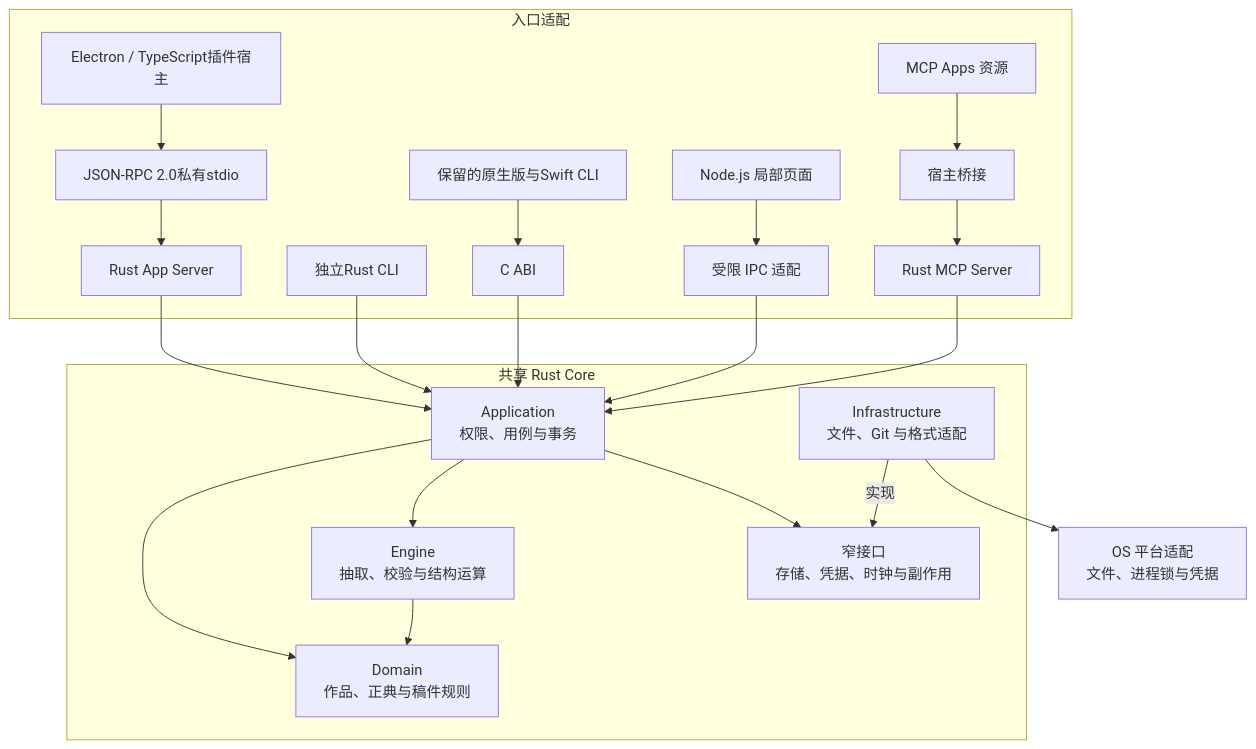
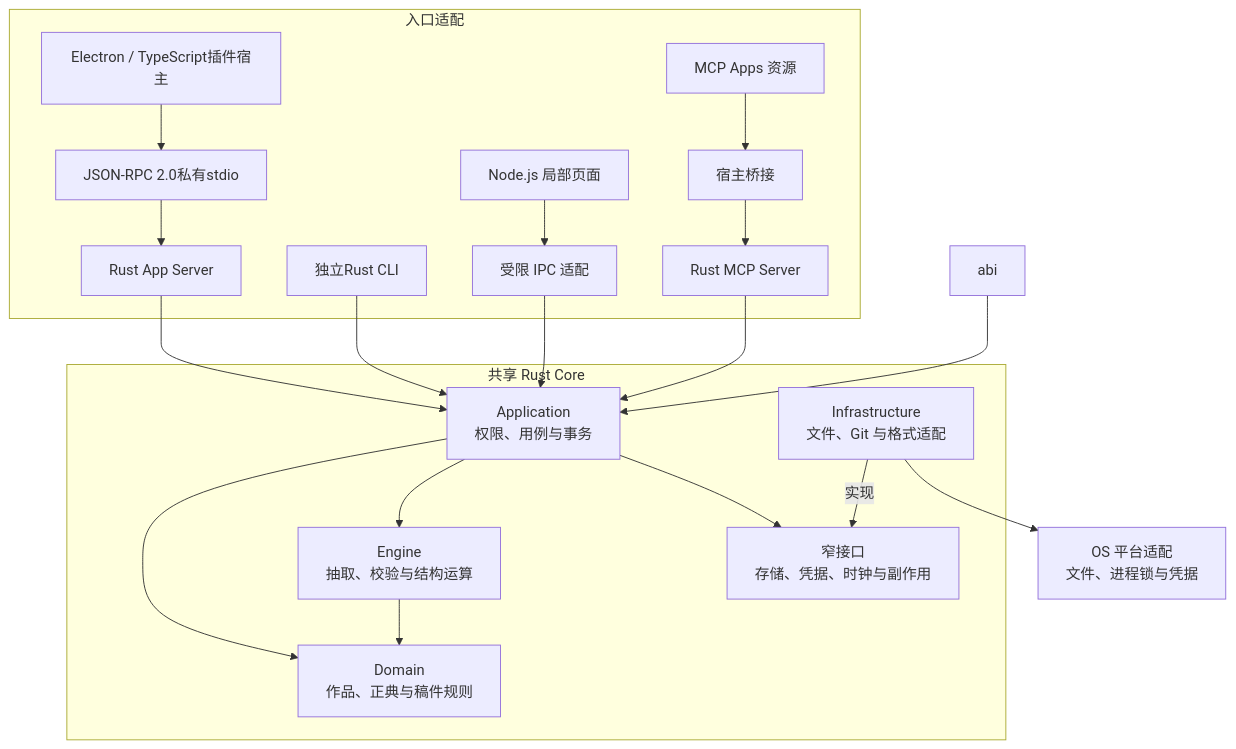
One commit to limecloud/hetu changed the second of 55 diagrams in docs/23-业务流程与MCP时序.md. Above: the diagram before and after it, drawn with Mermaid. The commit also changed other lines of this file and 780 other files, not shown here.

````diff
--- a/docs/23-业务流程与MCP时序.md
+++ b/docs/23-业务流程与MCP时序.md
@@ -45,31 +45,30 @@
 ```mermaid
 flowchart TD
     subgraph entry["入口适配"]
         desktop["Electron / TypeScript插件宿主"] --> rpc["JSON-RPC 2.0私有stdio"]
         rpc --> server["Rust App Server"]
         cli["独立Rust CLI"]
-        native["保留的原生版与Swift CLI"] --> abi["C ABI"]
         mcp["Rust MCP Server"]
         web["Node.js 局部页面"] --> ipc["受限 IPC 适配"]
         appUi["MCP Apps 资源"] --> hostBridge["宿主桥接"]
         hostBridge --> mcp
     end
     subgraph kernel["共享 Rust Core"]
         application["Application<br/>权限、用例与事务"]
         domain["Domain<br/>作品、正典与稿件规则"]
         engine["Engine<br/>抽取、校验与结构运算"]
         ports["窄接口<br/>存储、凭据、时钟与副作用"]
         infrastructure["Infrastructure<br/>文件、Git 与格式适配"]
         application --> domain
         application --> engine
         application --> ports
         engine --> domain
         infrastructure -->|"实现"| ports
     end
     server --> application
     cli --> application
     abi --> application
     mcp --> application
     ipc --> application
     infrastructure --> os["OS 平台适配<br/>文件、进程锁与凭据"]
 ```
````
